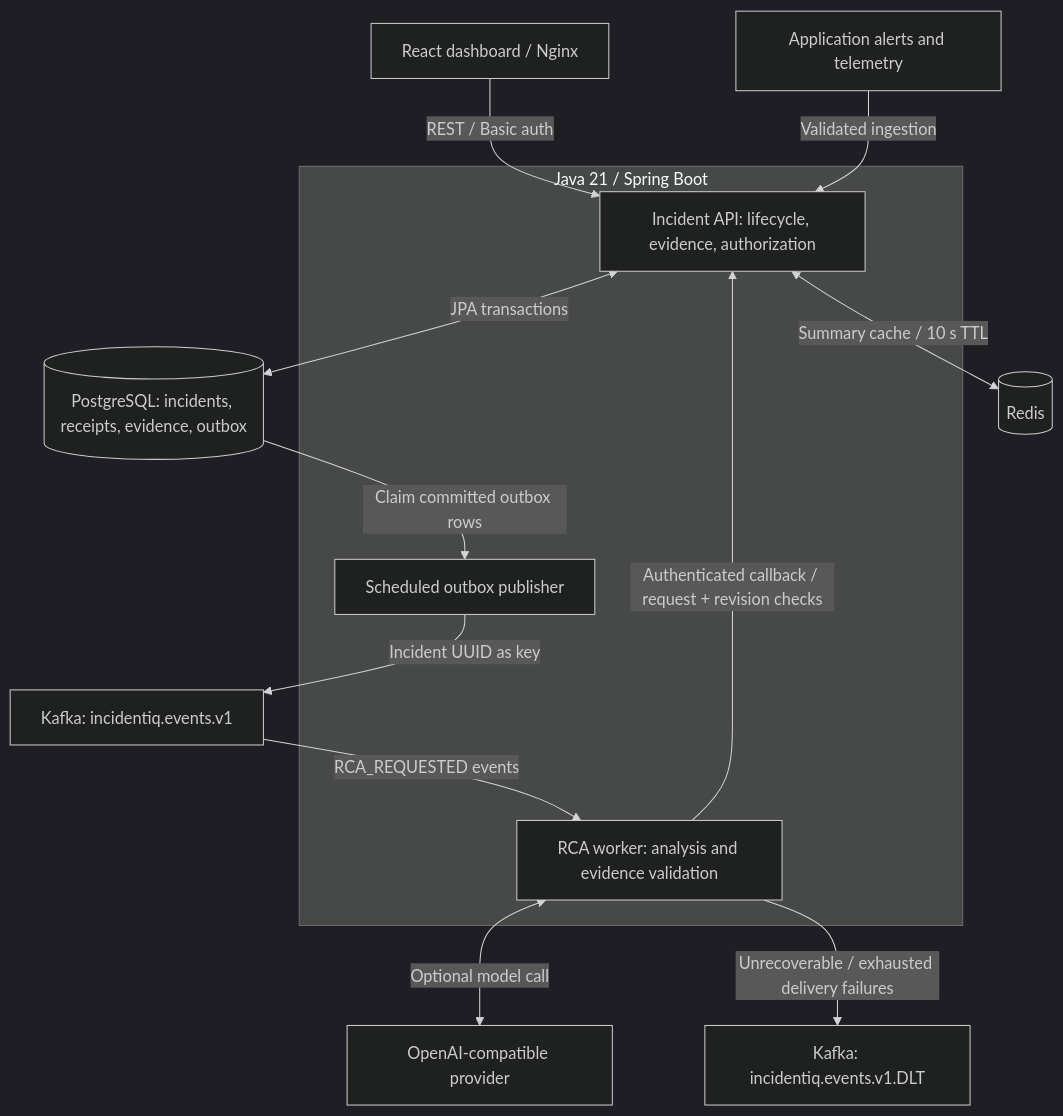
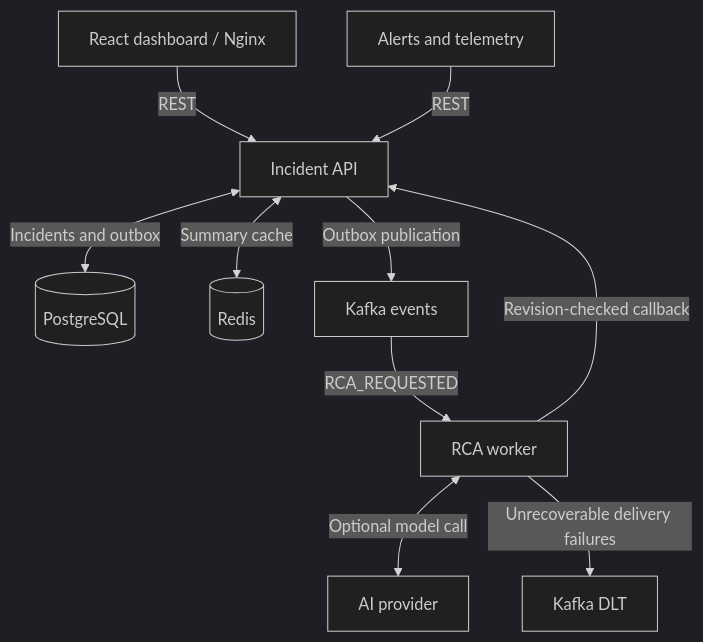
Before and after one commit to shashank4066/IncidentIQ: the first of 4 diagrams in ARCHITECTURE.md, drawn with Mermaid (dark theme). The commit also changed other lines of this file, not shown here.

Commit message:
docs: refine diagram layout and fix RCA sequence rendering

````diff
--- a/ARCHITECTURE.md
+++ b/ARCHITECTURE.md
@@ -13,20 +13,12 @@
 ```mermaid
 flowchart TD
-    UI["React dashboard / Nginx"] -->|"REST / Basic auth"| API
-    Alerts["Application alerts and telemetry"] -->|"Validated ingestion"| API
-
-    subgraph Applications["Java 21 / Spring Boot"]
-        API["Incident API: lifecycle, evidence, authorization"]
-        Publisher["Scheduled outbox publisher"]
-        Worker["RCA worker: analysis and evidence validation"]
-    end
-
-    API <-->|"JPA transactions"| DB[("PostgreSQL: incidents, receipts, evidence, outbox")]
-    API <-->|"Summary cache / 10 s TTL"| Redis[("Redis")]
-    DB -->|"Claim committed outbox rows"| Publisher
-    Publisher -->|"Incident UUID as key"| Kafka["Kafka: incidentiq.events.v1"]
-    Kafka -->|"RCA_REQUESTED events"| Worker
-    Worker -->|"Authenticated callback / request + revision checks"| API
-    Worker <-->|"Optional model call"| AI["OpenAI-compatible provider"]
-    Worker -->|"Unrecoverable / exhausted delivery failures"| DLT["Kafka: incidentiq.events.v1.DLT"]
+    UI["React dashboard / Nginx"] -->|"REST"| API["Incident API"]
+    Alerts["Alerts and telemetry"] -->|"REST"| API
+    API <-->|"Incidents and outbox"| DB[("PostgreSQL")]
+    API <-->|"Summary cache"| Redis[("Redis")]
+    API -->|"Outbox publication"| Kafka["Kafka events"]
+    Kafka -->|"RCA_REQUESTED"| Worker["RCA worker"]
+    Worker -->|"Revision-checked callback"| API
+    Worker <-->|"Optional model call"| AI["AI provider"]
+    Worker -->|"Unrecoverable delivery failures"| DLT["Kafka DLT"]
 ```
````
